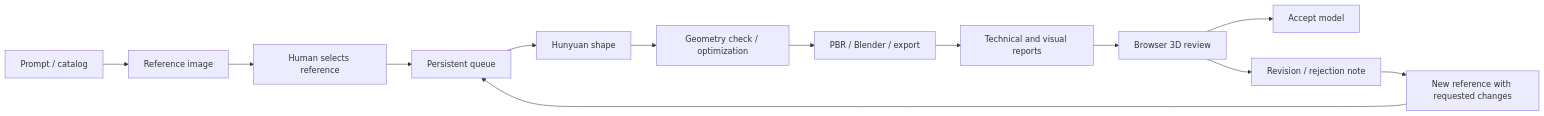
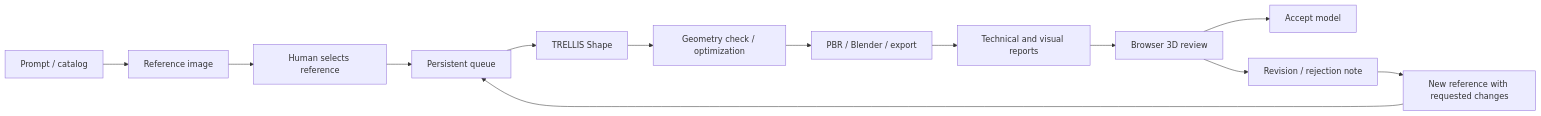
Before and after one commit to CakarK/localassetstudio: the diagram in README.md, drawn with Mermaid. The commit also changed other lines of this file and 204 other files, not shown here.

````diff
--- a/README.md
+++ b/README.md
@@ -23,15 +28,15 @@
 ```mermaid
 flowchart LR
   A[Prompt / catalog] --> B[Reference image]
   B --> C[Human selects reference]
   C --> D[Persistent queue]
-  D --> E[Hunyuan shape]
+  D --> E[TRELLIS Shape]
   E --> F[Geometry check / optimization]
   F --> G[PBR / Blender / export]
   G --> H[Technical and visual reports]
   H --> I[Browser 3D review]
   I --> J[Accept model]
   I --> K[Revision / rejection note]
   K --> L[New reference with requested changes]
   L --> D
 ```
````
